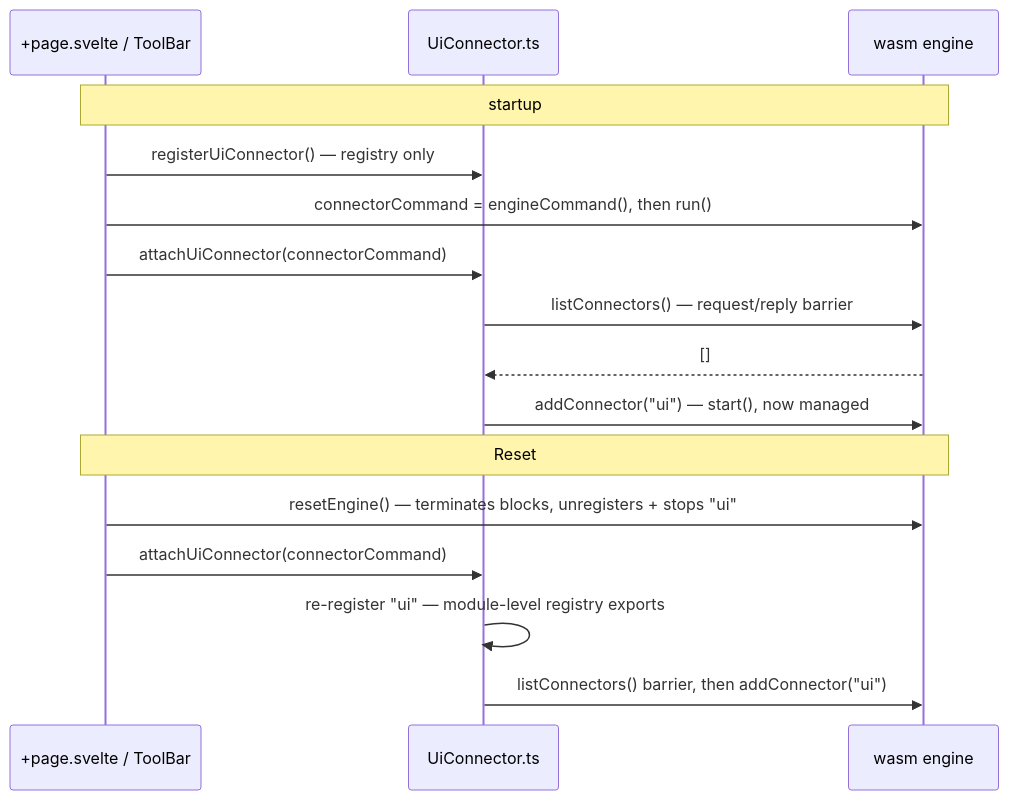
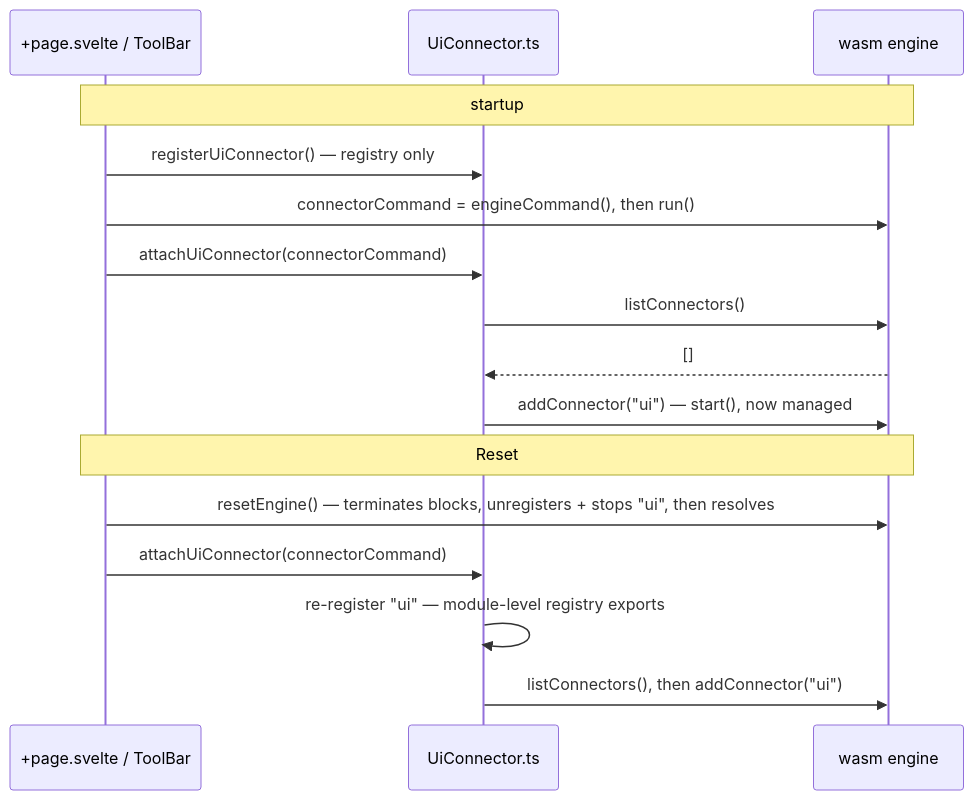
Diagram 11 of 12 in docs/connectors.md (rracariu/logic-mesh), drawn with Mermaid before and after one commit. The commit also changed other lines of this file and 38 other files, not shown here.

First line of the commit message:
engine: typed request/response protocol with correlated replies (#29)

````diff
--- a/docs/connectors.md
+++ b/docs/connectors.md
@@ -501,20 +507,20 @@
 ```mermaid
 sequenceDiagram
   participant Page as +page.svelte / ToolBar
   participant UI as UiConnector.ts
   participant Eng as wasm engine
 
   Note over Page,Eng: startup
   Page->>UI: registerUiConnector() — registry only
   Page->>Eng: connectorCommand = engineCommand(), then run()
   Page->>UI: attachUiConnector(connectorCommand)
-  UI->>Eng: listConnectors() — request/reply barrier
+  UI->>Eng: listConnectors()
   Eng-->>UI: []
   UI->>Eng: addConnector("ui") — start(), now managed
 
   Note over Page,Eng: Reset
-  Page->>Eng: resetEngine() — terminates blocks, unregisters + stops "ui"
+  Page->>Eng: resetEngine() — terminates blocks, unregisters + stops "ui", then resolves
   Page->>UI: attachUiConnector(connectorCommand)
   UI->>UI: re-register "ui" — module-level registry exports
-  UI->>Eng: listConnectors() barrier, then addConnector("ui")
+  UI->>Eng: listConnectors(), then addConnector("ui")
 ```
````
